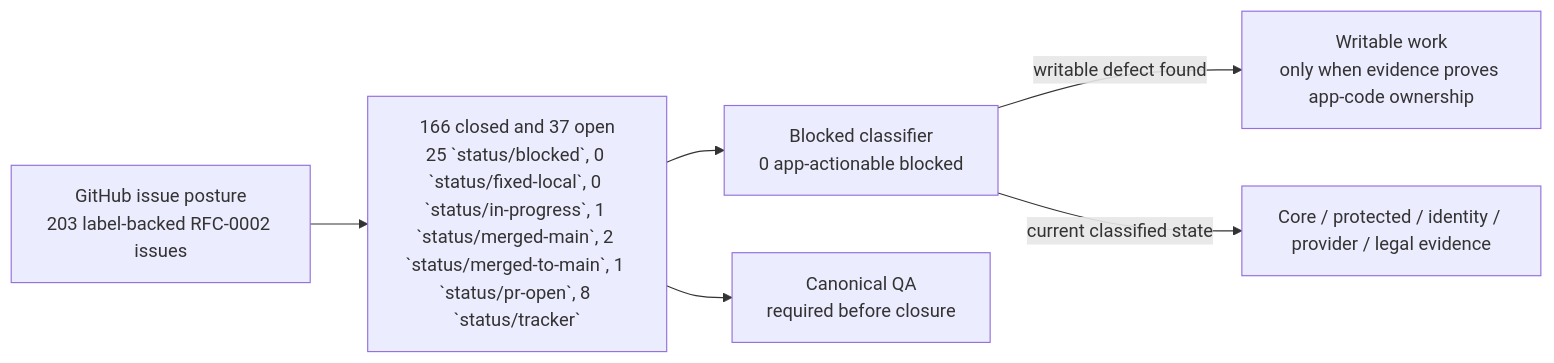
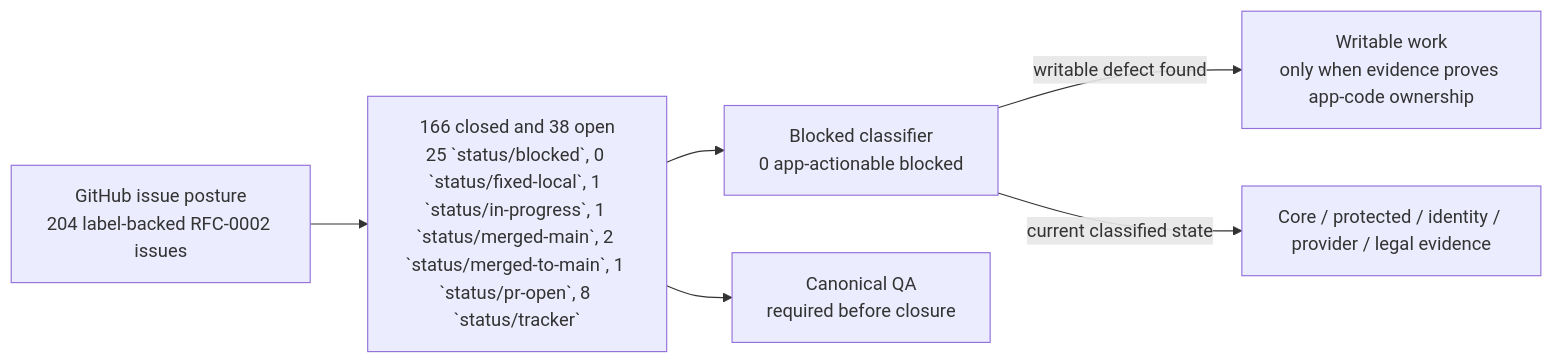
One commit to sgajbi/lotus-idea changed the first of 2 diagrams in wiki/RFC-0002-Execution-Status.md. Above: the diagram before and after it, drawn with Mermaid. The commit also changed other lines of this file and 13 other files, not shown here.

````diff
--- a/wiki/RFC-0002-Execution-Status.md
+++ b/wiki/RFC-0002-Execution-Status.md
@@ -39,15 +39,15 @@
 ```mermaid
 flowchart LR
-    Issues["GitHub issue posture<br/>203 label-backed RFC-0002 issues"]
-    Open["166 closed and 37 open<br/>25 `status/blocked`, 0 `status/fixed-local`, 0 `status/in-progress`, 1 `status/merged-main`, 2 `status/merged-to-main`, 1 `status/pr-open`, 8 `status/tracker`"]
+    Issues["GitHub issue posture<br/>204 label-backed RFC-0002 issues"]
+    Open["166 closed and 38 open<br/>25 `status/blocked`, 0 `status/fixed-local`, 1 `status/in-progress`, 1 `status/merged-main`, 2 `status/merged-to-main`, 1 `status/pr-open`, 8 `status/tracker`"]
     Blocked["Blocked classifier<br/>0 app-actionable blocked"]
     Work["Writable work<br/>only when evidence proves app-code ownership"]
     External["Core / protected / identity / provider / legal evidence"]
     QA["Canonical QA<br/>required before closure"]
 
     Issues --> Open
     Open --> Blocked
     Blocked -->|"writable defect found"| Work
     Blocked -->|"current classified state"| External
     Open --> QA
 ```
````
